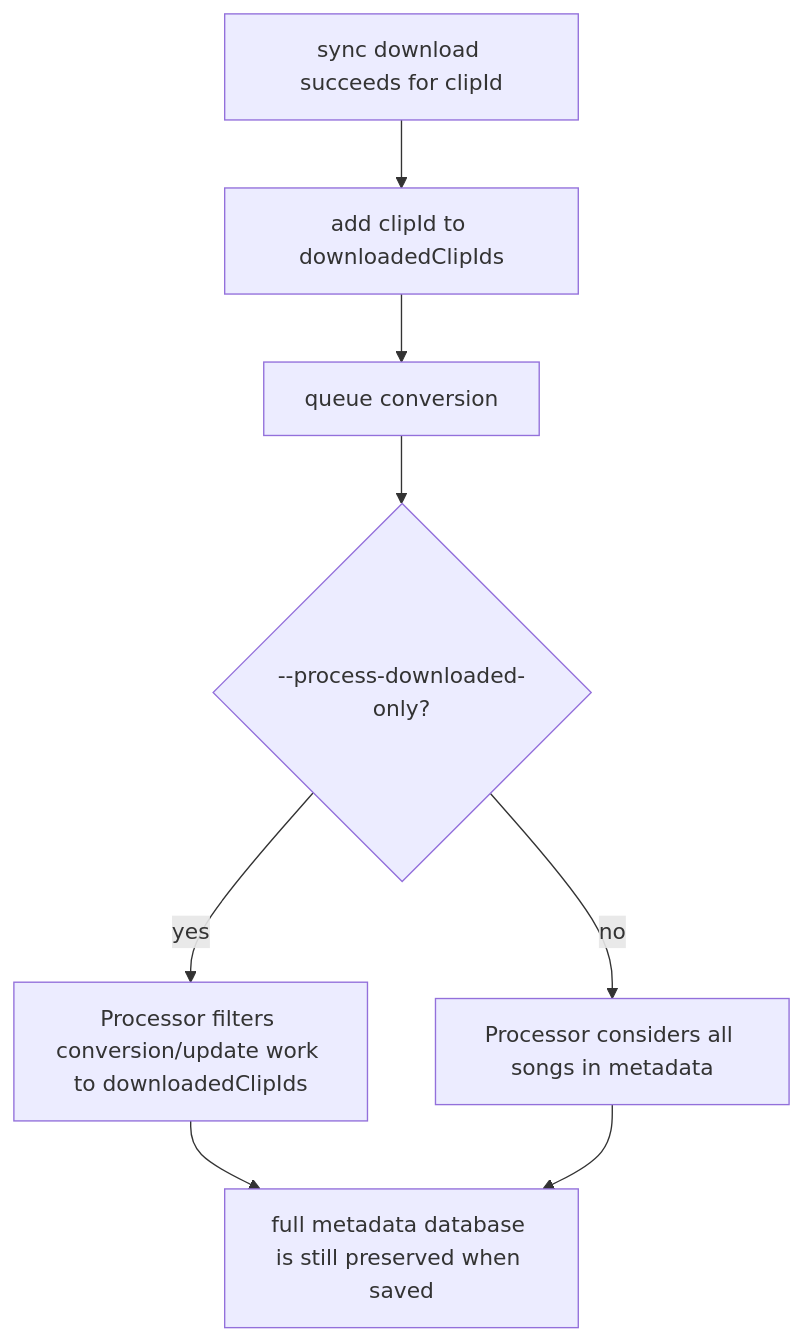
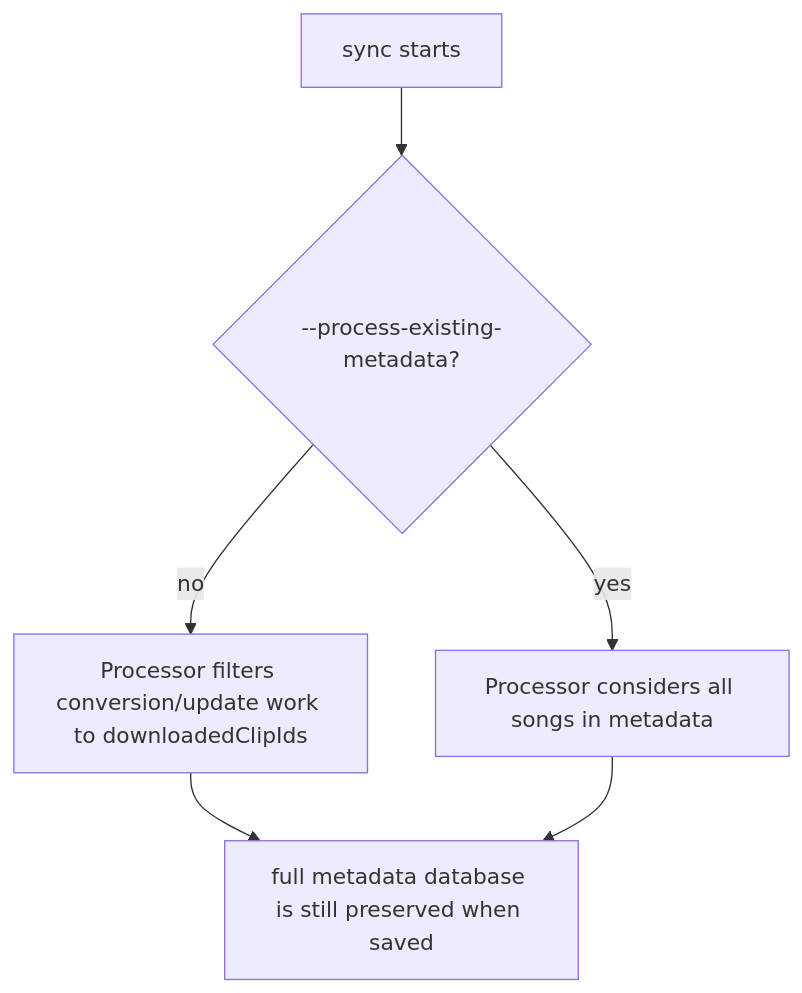
Before and after one commit to mikeygnyc/SunoLibrarian: the seventh of 9 diagrams in docs/cli-program-flow.md, drawn with Mermaid. The commit also changed other lines of this file and 10 other files, not shown here.

First line of the commit message:
feat: normalize song metadata storage in SQLite with new schema

````diff
--- a/docs/cli-program-flow.md
+++ b/docs/cli-program-flow.md
@@ -280,10 +292,8 @@
 ```mermaid
 flowchart TD
-  A["sync download succeeds for clipId"] --> B["add clipId to downloadedClipIds"]
-  B --> C["queue conversion"]
-  C --> D{"--process-downloaded-only?"}
-  D -- yes --> E["Processor filters conversion/update work to downloadedClipIds"]
-  D -- no --> F["Processor considers all songs in metadata"]
-  E --> G["full metadata database is still preserved when saved"]
-  F --> G
+  A["sync starts"] --> B{"--process-existing-metadata?"}
+  B -- no --> C["Processor filters conversion/update work to downloadedClipIds"]
+  B -- yes --> D["Processor considers all songs in metadata"]
+  C --> E["full metadata database is still preserved when saved"]
+  D --> E
 ```
````
